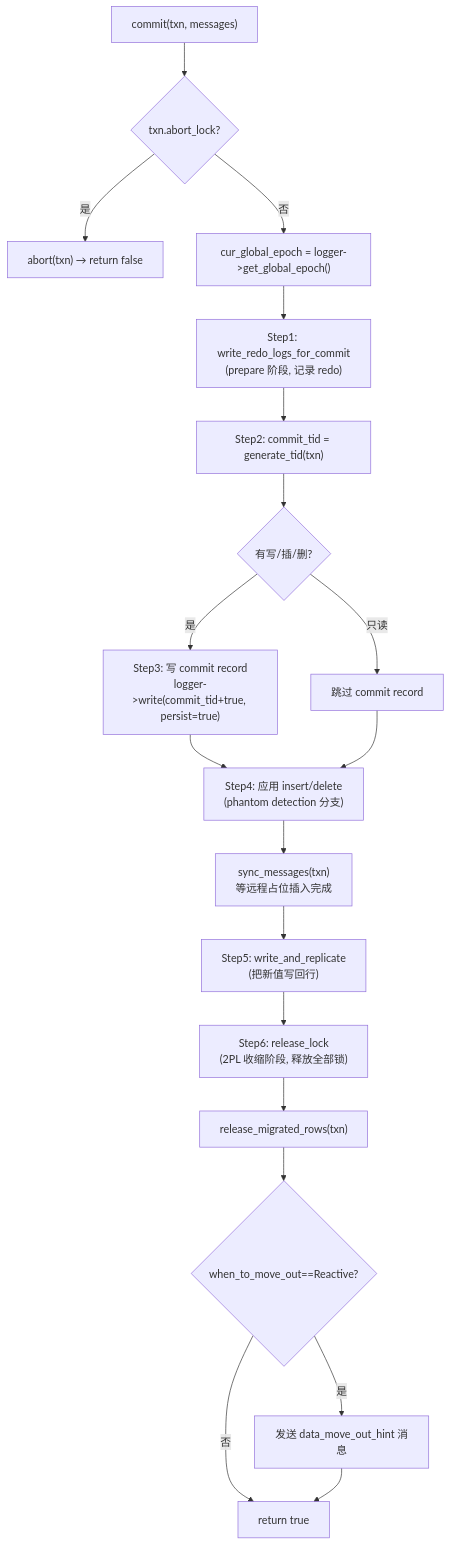
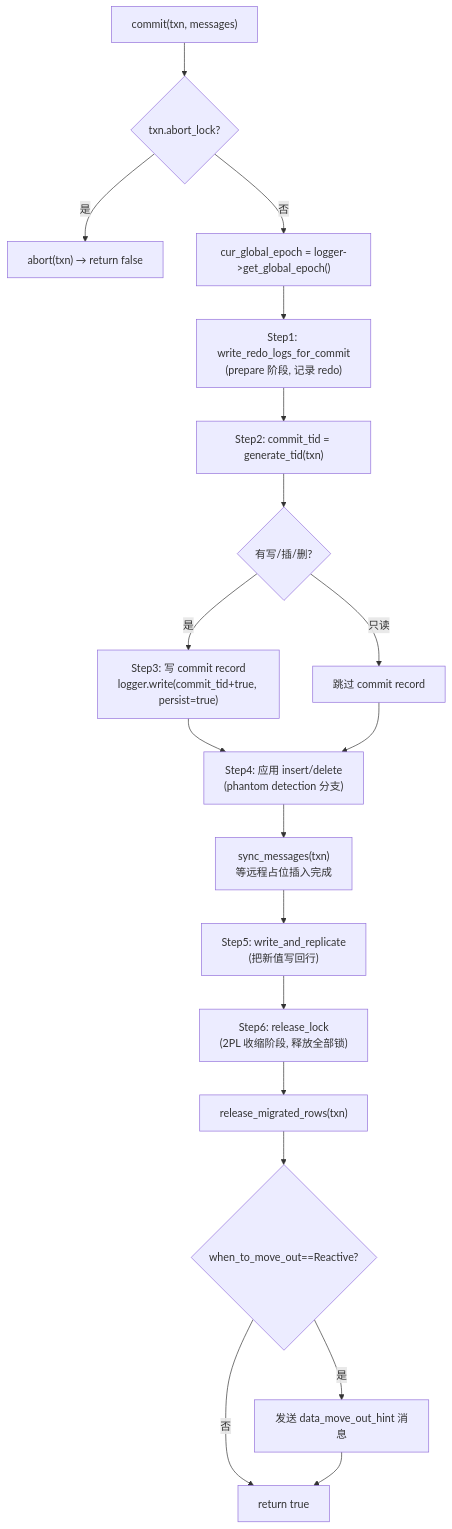
Before and after one commit to solutive-player/tigon: the second of 8 diagrams in docs/SPEC_COMMIT_FLOW.md, drawn with Mermaid. The commit also changed other lines of this file, not shown here.

Commit message:
docs: fix remaining mermaid \n labels in commit() flowchart and state diagram
https://claude.ai/code/session_012zYeW4pbhw7eK9U8x6wNpV

````diff
--- a/docs/SPEC_COMMIT_FLOW.md
+++ b/docs/SPEC_COMMIT_FLOW.md
@@ -110,21 +110,21 @@
 ```mermaid
 flowchart TD
     A["commit(txn, messages)"] --> B{txn.abort_lock?}
     B -->|是| AB["abort(txn) → return false"]
     B -->|否| C["cur_global_epoch = logger->get_global_epoch()"]
-    C --> D["Step1: write_redo_logs_for_commit\n(prepare 阶段, 记录 redo)"]
+    C --> D["Step1: write_redo_logs_for_commit<br/>(prepare 阶段, 记录 redo)"]
     D --> E["Step2: commit_tid = generate_tid(txn)"]
     E --> F{有写/插/删?}
-    F -->|是| G["Step3: 写 commit record\nlogger->write(commit_tid+true, persist=true)"]
+    F -->|是| G["Step3: 写 commit record<br/>logger.write(commit_tid+true, persist=true)"]
     F -->|只读| H[跳过 commit record]
     G --> I
-    H --> I["Step4: 应用 insert/delete\n(phantom detection 分支)"]
-    I --> J["sync_messages(txn)\n等远程占位插入完成"]
-    J --> K["Step5: write_and_replicate\n(把新值写回行)"]
-    K --> L["Step6: release_lock\n(2PL 收缩阶段, 释放全部锁)"]
+    H --> I["Step4: 应用 insert/delete<br/>(phantom detection 分支)"]
+    I --> J["sync_messages(txn)<br/>等远程占位插入完成"]
+    J --> K["Step5: write_and_replicate<br/>(把新值写回行)"]
+    K --> L["Step6: release_lock<br/>(2PL 收缩阶段, 释放全部锁)"]
     L --> M["release_migrated_rows(txn)"]
     M --> N{when_to_move_out==Reactive?}
     N -->|是| O["发送 data_move_out_hint 消息"]
     N -->|否| P
     O --> P["return true"]
 ```
````
